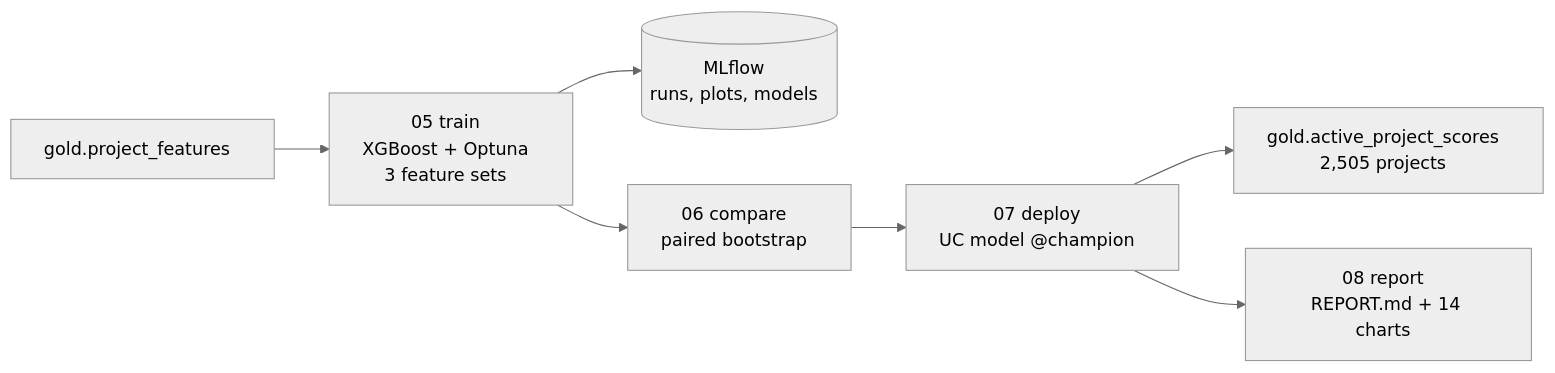
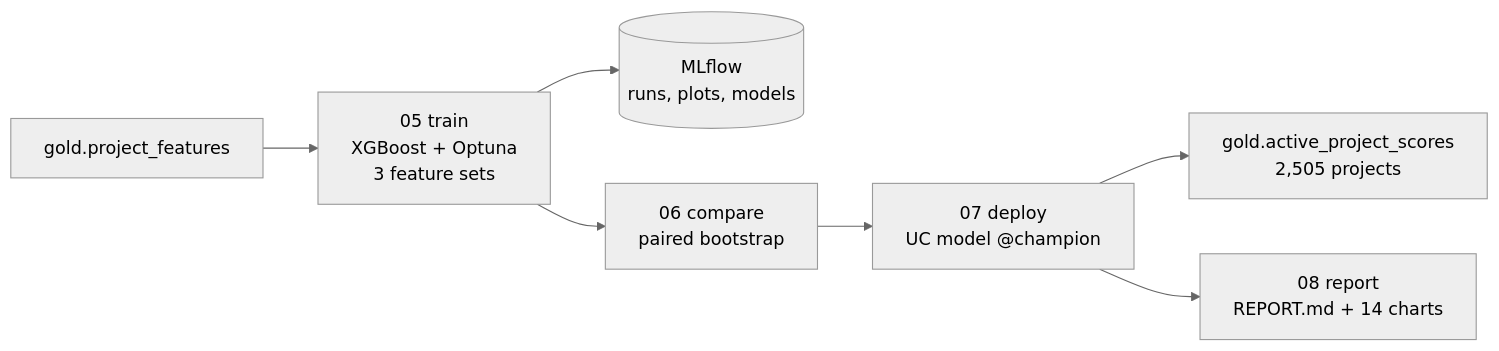
One commit to ShabadVaswani/worldbank-outcome-databricks changed the second of 3 diagrams in README.md. Above: the diagram before and after it, drawn with Mermaid (neutral theme). The commit also changed other lines of this file, not shown here.

Commit message:
README: use SVG text labels in Mermaid diagrams to avoid clipping

````diff
--- a/README.md
+++ b/README.md
@@ -145,9 +146,10 @@
 ```mermaid
+%%{init: {"flowchart": {"htmlLabels": false}}}%%
 flowchart LR
-  G1["gold.project_features#nbsp;#nbsp;"] --> T["05 train#nbsp;#nbsp;<br/>XGBoost + Optuna#nbsp;#nbsp;<br/>3 feature sets#nbsp;#nbsp;"]
-  T --> MF[("MLflow#nbsp;#nbsp;<br/>runs, plots, models#nbsp;#nbsp;")]
-  T --> C["06 compare#nbsp;#nbsp;<br/>paired bootstrap#nbsp;#nbsp;"]
-  C --> D["07 deploy#nbsp;#nbsp;<br/>UC model @champion#nbsp;#nbsp;"]
-  D --> SC["gold.active_project_scores#nbsp;#nbsp;<br/>2,505 projects#nbsp;#nbsp;"]
-  D --> R["08 report#nbsp;#nbsp;<br/>REPORT.md + 14 charts#nbsp;#nbsp;"]
+  G1["gold.project_features"] --> T["05 train<br/>XGBoost + Optuna<br/>3 feature sets"]
+  T --> MF[("MLflow<br/>runs, plots, models")]
+  T --> C["06 compare<br/>paired bootstrap"]
+  C --> D["07 deploy<br/>UC model @champion"]
+  D --> SC["gold.active_project_scores<br/>2,505 projects"]
+  D --> R["08 report<br/>REPORT.md + 14 charts"]
 ```
````
